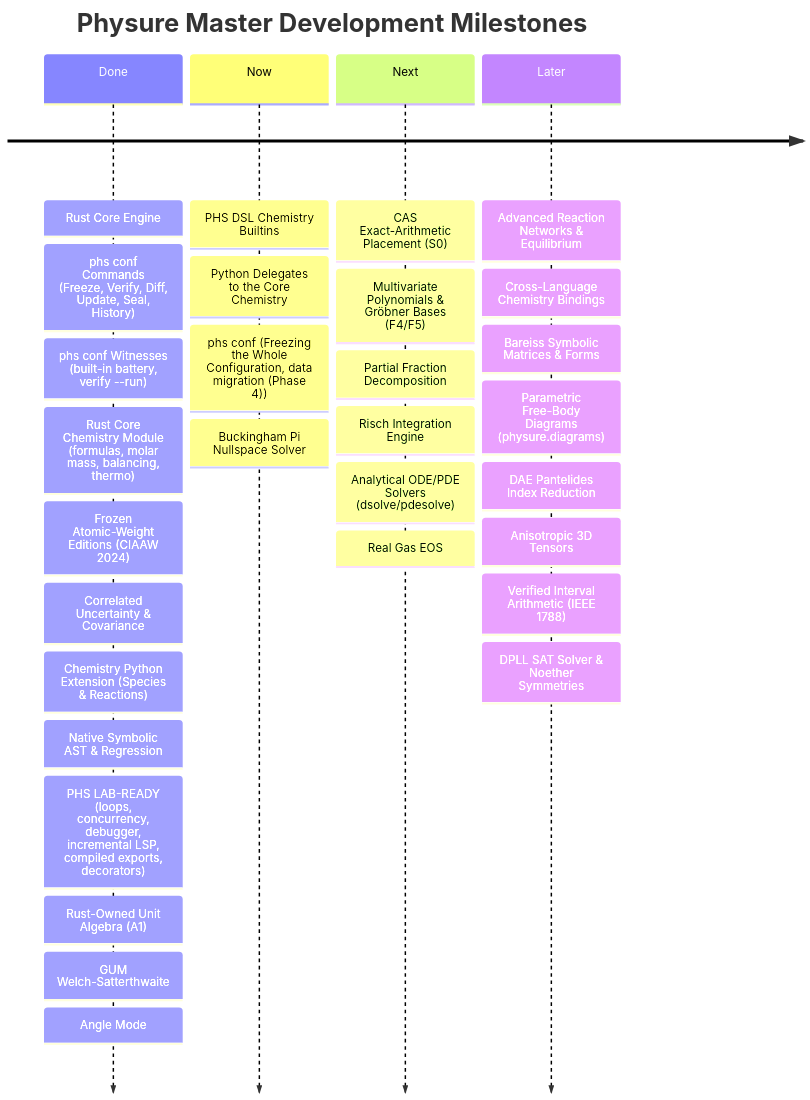
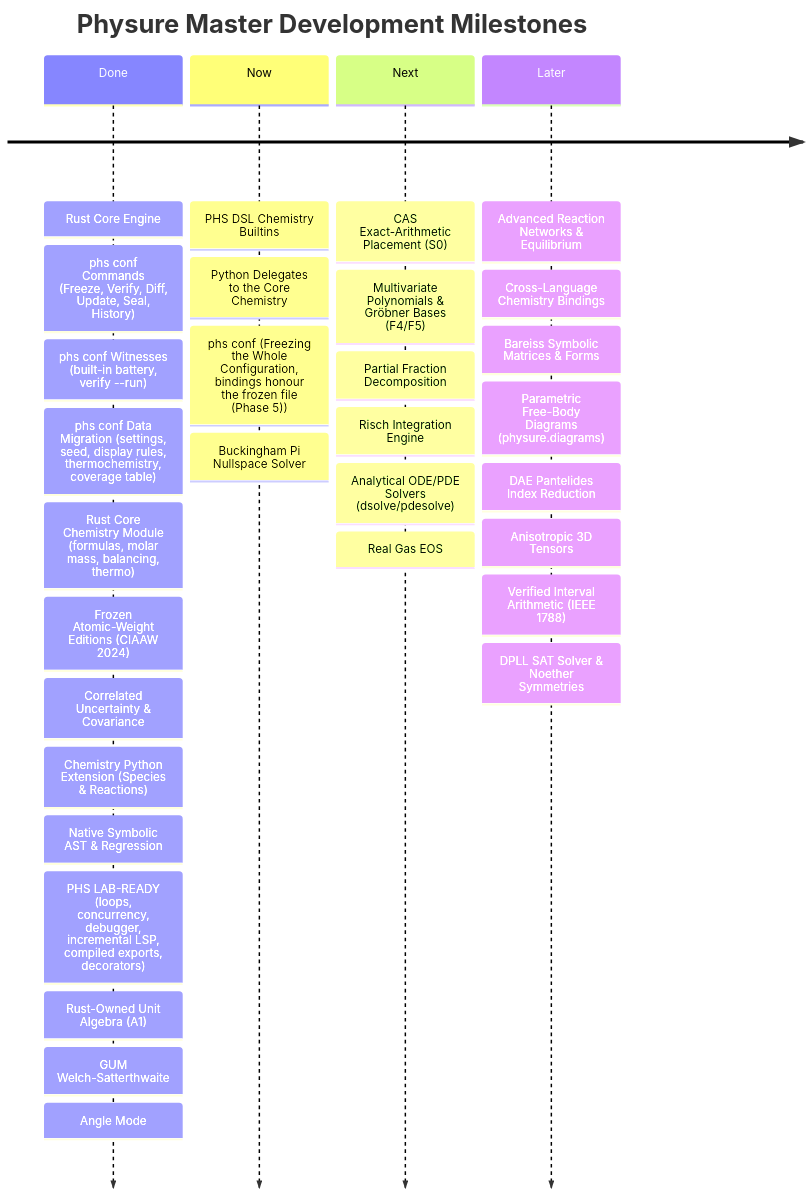
One commit to Alexisrx96/physure changed the diagram in ROADMAP.md. Above: the diagram before and after it, drawn with Mermaid. The commit also changed other lines of this file and 5 other files, not shown here.

````diff
--- a/ROADMAP.md
+++ b/ROADMAP.md
@@ -61,8 +61,8 @@
 ```mermaid
 timeline
     title Physure Master Development Milestones
-    Done : Rust Core Engine : phs conf Commands (Freeze, Verify, Diff, Update, Seal, History) : phs conf Witnesses (built-in battery, verify --run) : Rust Core Chemistry Module (formulas, molar mass, balancing, thermo) : Frozen Atomic-Weight Editions (CIAAW 2024) : Correlated Uncertainty & Covariance : Chemistry Python Extension (Species & Reactions) : Native Symbolic AST & Regression : PHS LAB-READY (loops, concurrency, debugger, incremental LSP, compiled exports, decorators) : Rust-Owned Unit Algebra (A1) : GUM Welch-Satterthwaite : Angle Mode
-    Now : PHS DSL Chemistry Builtins : Python Delegates to the Core Chemistry : phs conf (Freezing the Whole Configuration, data migration (Phase 4)) : Buckingham Pi Nullspace Solver
+    Done : Rust Core Engine : phs conf Commands (Freeze, Verify, Diff, Update, Seal, History) : phs conf Witnesses (built-in battery, verify --run) : phs conf Data Migration (settings, seed, display rules, thermochemistry, coverage table) : Rust Core Chemistry Module (formulas, molar mass, balancing, thermo) : Frozen Atomic-Weight Editions (CIAAW 2024) : Correlated Uncertainty & Covariance : Chemistry Python Extension (Species & Reactions) : Native Symbolic AST & Regression : PHS LAB-READY (loops, concurrency, debugger, incremental LSP, compiled exports, decorators) : Rust-Owned Unit Algebra (A1) : GUM Welch-Satterthwaite : Angle Mode
+    Now : PHS DSL Chemistry Builtins : Python Delegates to the Core Chemistry : phs conf (Freezing the Whole Configuration, bindings honour the frozen file (Phase 5)) : Buckingham Pi Nullspace Solver
     Next : CAS Exact-Arithmetic Placement (S0) : Multivariate Polynomials & Gröbner Bases (F4/F5) : Partial Fraction Decomposition : Risch Integration Engine : Analytical ODE/PDE Solvers (dsolve/pdesolve) : Real Gas EOS
     Later : Advanced Reaction Networks & Equilibrium : Cross-Language Chemistry Bindings : Bareiss Symbolic Matrices & Forms : Parametric Free-Body Diagrams (physure.diagrams) : DAE Pantelides Index Reduction : Anisotropic 3D Tensors : Verified Interval Arithmetic (IEEE 1788) : DPLL SAT Solver & Noether Symmetries
 ```
````
